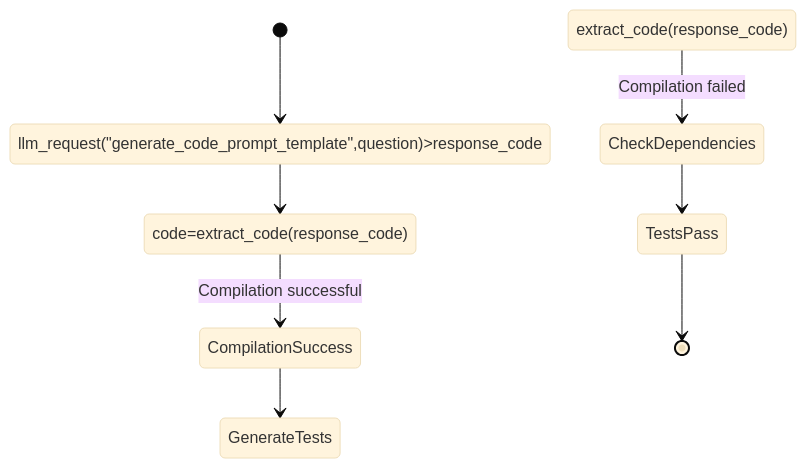
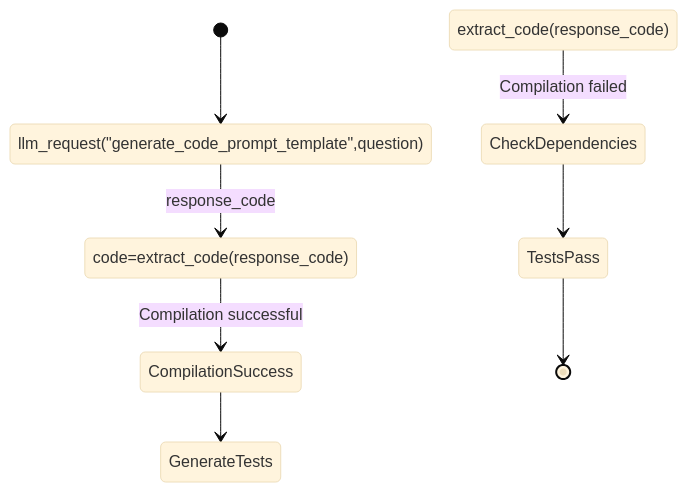
The first of 2 diagrams in state.md (rizgan/LLM-Logic-Exec-Verify), drawn with Mermaid (base theme) before and after one commit.

````diff
--- a/state.md
+++ b/state.md
@@ -1,10 +1,10 @@
 ```mermaid
 stateDiagram
-[*] --> llm_request("generate_code_prompt_template",question)>response_code
-llm_request("generate_code_prompt_template",question)>response_code --> code=extract_code(response_code)
+[*] --> llm_request("generate_code_prompt_template",question)
+llm_request("generate_code_prompt_template",question) --> code=extract_code(response_code) : response_code
 code=extract_code(response_code) --> CompilationSuccess : Compilation successful
 extract_code(response_code) --> CheckDependencies : Compilation failed
 CompilationSuccess --> GenerateTests
 CheckDependencies  --> TestsPass
 TestsPass --> [*]
 ```
````
